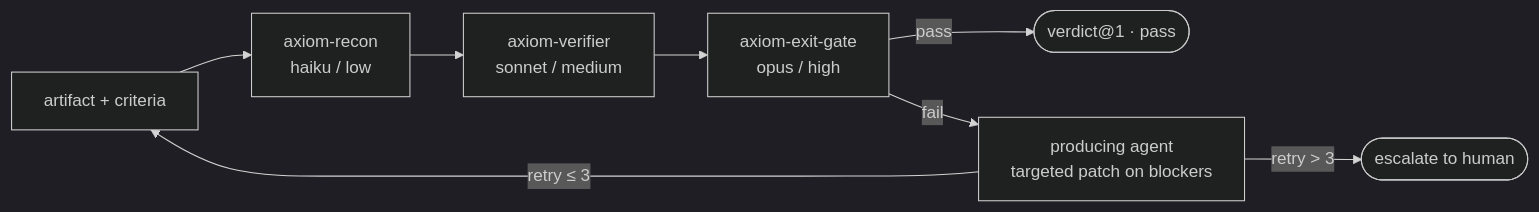
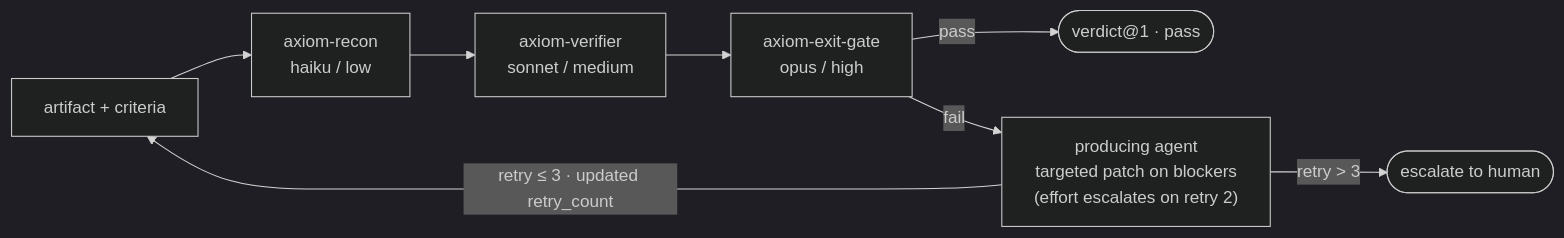
One commit to orin-dx/agent-plugins changed the fourth of 4 diagrams in ARCHITECTURE.md. Above: the diagram before and after it, drawn with Mermaid (dark theme). The commit also changed other lines of this file and 11 other files, not shown here.

````diff
--- a/ARCHITECTURE.md
+++ b/ARCHITECTURE.md
@@ -114,15 +117,16 @@
 ```mermaid
 flowchart LR
     Art[artifact + criteria] --> Recon["axiom-recon
     haiku / low"]
     Recon --> Ver["axiom-verifier
     sonnet / medium"]
     Ver --> Gate["axiom-exit-gate
     opus / high"]
 
+    Fix["producing agent\ntargeted patch on blockers\n(effort escalates on retry 2)"]
+
     Gate -->|pass| Done(["verdict@1 · pass"])
-    Gate -->|fail| Fix["producing agent
-    targeted patch on blockers"]
-    Fix -->|"retry ≤ 3"| Art
+    Gate -->|fail| Fix
+    Fix -->|"retry ≤ 3 · updated retry_count"| Art
     Fix -->|"retry > 3"| Esc(["escalate to human"])
 ```
````
